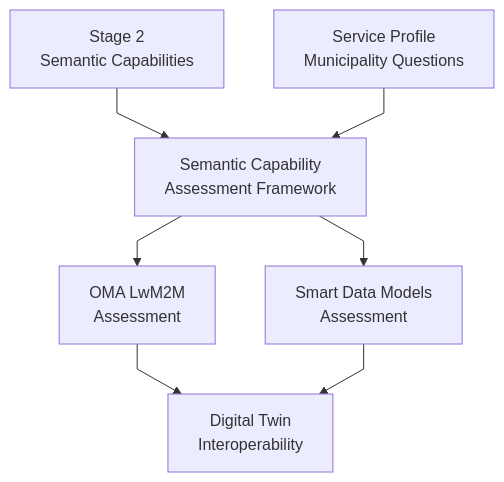
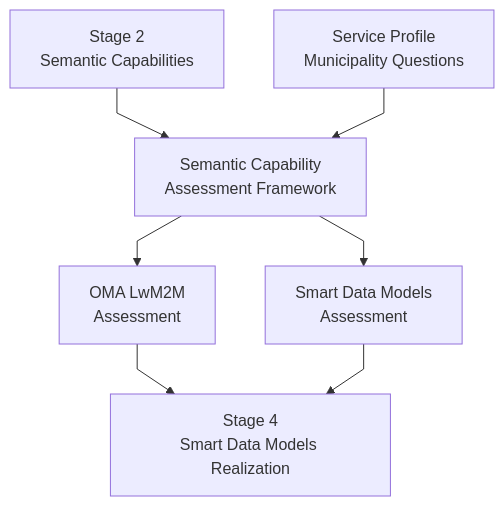
One commit to smartcities-sig/smartcities-sig changed the diagram in methodology/core-methodology/stage-3-standards-mapping.md. Above: the diagram before and after it, drawn with Mermaid. The commit also changed other lines of this file, not shown here.

First line of the commit message:
Find candidate Smart Data Models and OMA objects in Stage 3

````diff
--- a/methodology/core-methodology/stage-3-standards-mapping.md
+++ b/methodology/core-methodology/stage-3-standards-mapping.md
@@ -65,10 +65,10 @@
 ```mermaid
 %%{init: {'flowchart': {'curve': 'linear', 'htmlLabels': true, 'wrappingWidth': 220}}}%%
 flowchart TD
     A["Stage 2<br/>Semantic Capabilities"] --> B["Semantic Capability<br/>Assessment Framework"]
     P["Service Profile<br/>Municipality Questions"] --> B
     B --> C["OMA LwM2M<br/>Assessment"]
     B --> D["Smart Data Models<br/>Assessment"]
-    C --> E["Digital Twin<br/>Interoperability"]
+    C --> E["Stage 4<br/>Smart Data Models Realization"]
     D --> E
 ```
````
